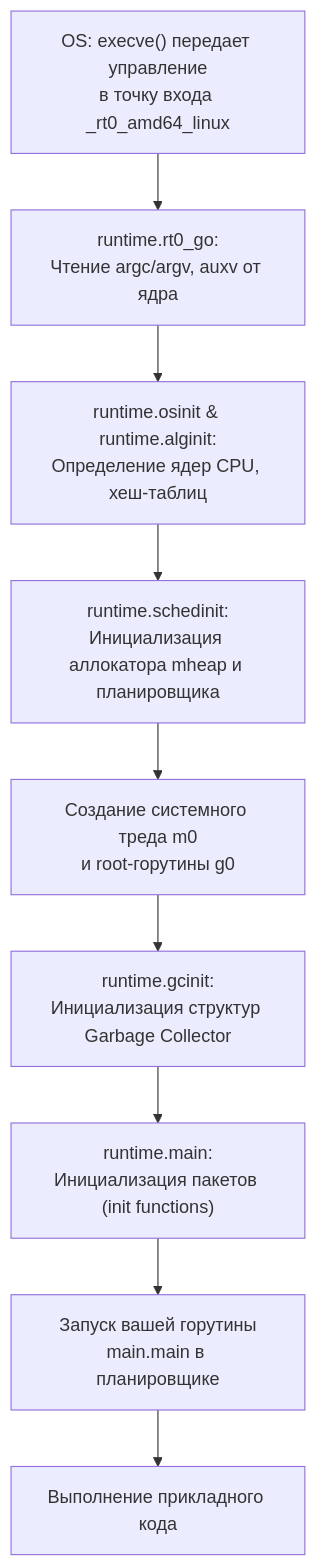
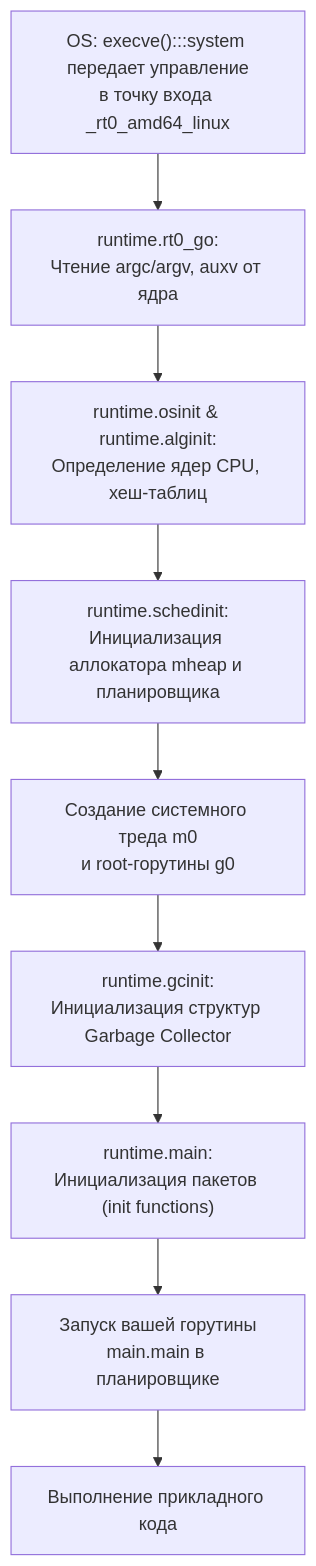
Before and after one commit to UnrealTemplier/go-textbook: the first of 2 diagrams in sources/1. Архитектура компьютера/1. Обзор. Путь программы от go run main.go до движения электронов.md, drawn with Mermaid. The commit also changed other lines of this file and 1666 other files, not shown here.

First line of the commit message:
feat(mermaid): add semantic color classDef to 1369 colorless flowchart/graph diagrams

````diff
--- a/sources/1. Архитектура компьютера/1. Обзор. Путь программы от go run main.go до движения электронов.md
+++ b/sources/1. Архитектура компьютера/1. Обзор. Путь программы от go run main.go до движения электронов.md
@@ -71,11 +71,21 @@
 ```mermaid
 flowchart TD
-    A["OS: execve() передает управление<br>в точку входа _rt0_amd64_linux"] --> B["runtime.rt0_go:<br>Чтение argc/argv, auxv от ядра"]
+    classDef process  fill:#1e293b,stroke:#38bdf8,stroke-width:1px,color:#f8fafc
+    classDef success  fill:#064e3b,stroke:#34d399,stroke-width:1px,color:#f8fafc
+    classDef error    fill:#7f1d1d,stroke:#f87171,stroke-width:1px,color:#f8fafc
+    classDef warning  fill:#78350f,stroke:#fbbf24,stroke-width:1px,color:#f8fafc
+    classDef entry    fill:#1e3a5f,stroke:#38bdf8,stroke-width:2px,color:#f8fafc
+    classDef aux      fill:#334155,stroke:#64748b,stroke-width:1px,color:#f8fafc
+    classDef system   fill:#312e81,stroke:#a78bfa,stroke-width:1px,color:#f8fafc
+    classDef data     fill:#132d29,stroke:#2dd4bf,stroke-width:1px,color:#f8fafc
+    classDef network  fill:#881337,stroke:#fb7185,stroke-width:1px,color:#f8fafc
+    classDef accent   fill:#1e1b4b,stroke:#818cf8,stroke-width:1px,color:#f8fafc
+    A["OS: execve():::system передает управление<br>в точку входа _rt0_amd64_linux"] --> B["runtime.rt0_go:<br>Чтение argc/argv, auxv от ядра"]
     B --> C["runtime.osinit & runtime.alginit:<br>Определение ядер CPU, хеш-таблиц"]
     C --> D["runtime.schedinit:<br>Инициализация аллокатора mheap и планировщика"]
     D --> E["Создание системного треда m0<br>и root-горутины g0"]
     E --> F["runtime.gcinit:<br>Инициализация структур Garbage Collector"]
     F --> G["runtime.main:<br>Инициализация пакетов (init functions)"]
     G --> H["Запуск вашей горутины<br>main.main в планировщике"]
     H --> I["Выполнение прикладного кода"]
 ```
````
